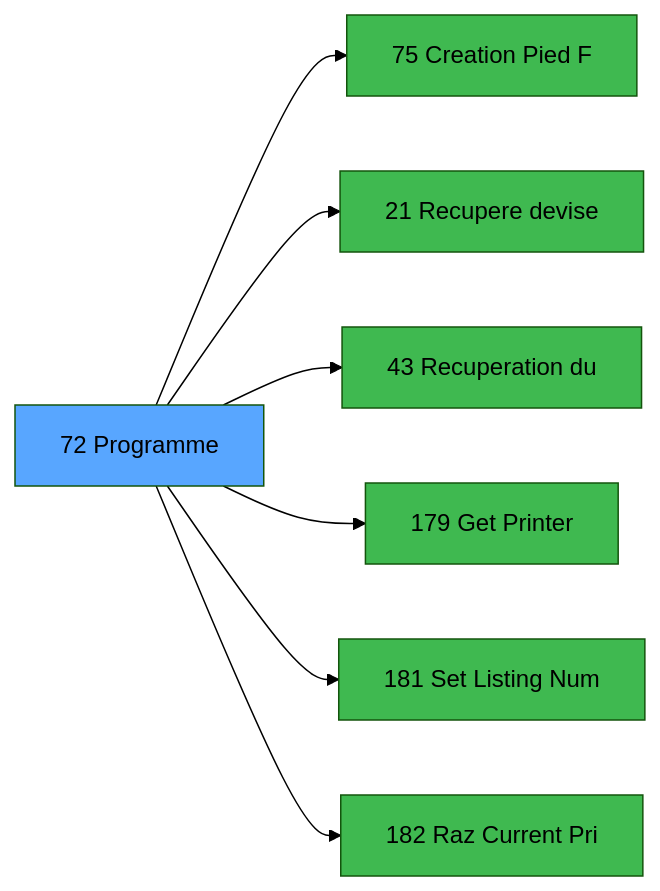
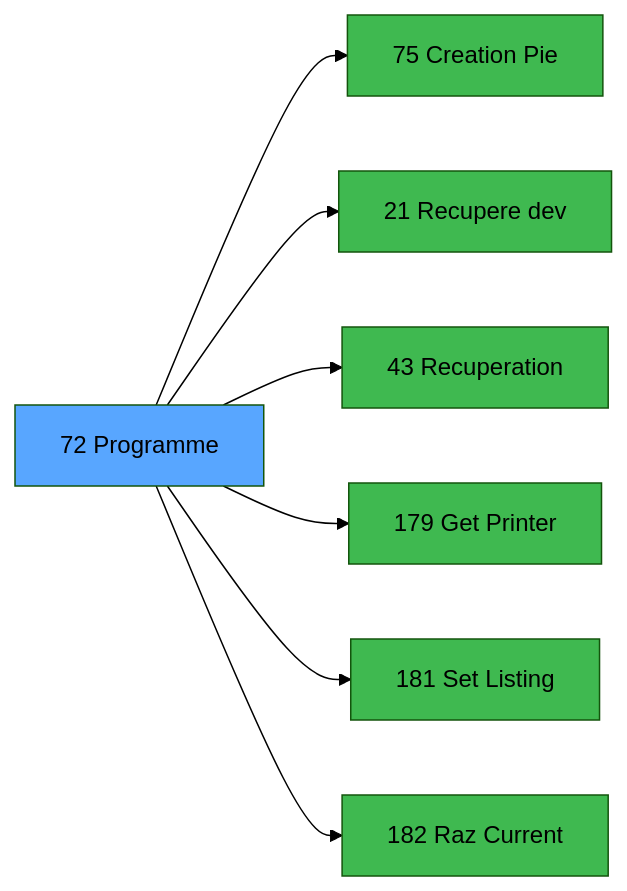
Before and after one commit to thonyAGP/magic-migration: the third of 3 diagrams in .openspec/specs/ADH-IDE-72.md, drawn with Mermaid (forest theme). The commit also changed other lines of this file and 323 other files, not shown here.

````diff
--- a/.openspec/specs/ADH-IDE-72.md
+++ b/.openspec/specs/ADH-IDE-72.md
@@ -123,23 +151,23 @@
 ```mermaid
 graph LR
     T[72 Programme]
-    C75[75 Creation Pied F]
+    C75[75 Creation Pie]
     T --> C75
-    C21[21 Recupere devise]
+    C21[21 Recupere dev]
     T --> C21
-    C43[43 Recuperation du]
+    C43[43 Recuperation]
     T --> C43
     C179[179 Get Printer]
     T --> C179
-    C181[181 Set Listing Num]
+    C181[181 Set Listing ]
     T --> C181
-    C182[182 Raz Current Pri]
+    C182[182 Raz Current ]
     T --> C182
     style T fill:#58a6ff,color:#000
     style C75 fill:#3fb950
     style C21 fill:#3fb950
     style C43 fill:#3fb950
     style C179 fill:#3fb950
     style C181 fill:#3fb950
     style C182 fill:#3fb950
 ```
````
